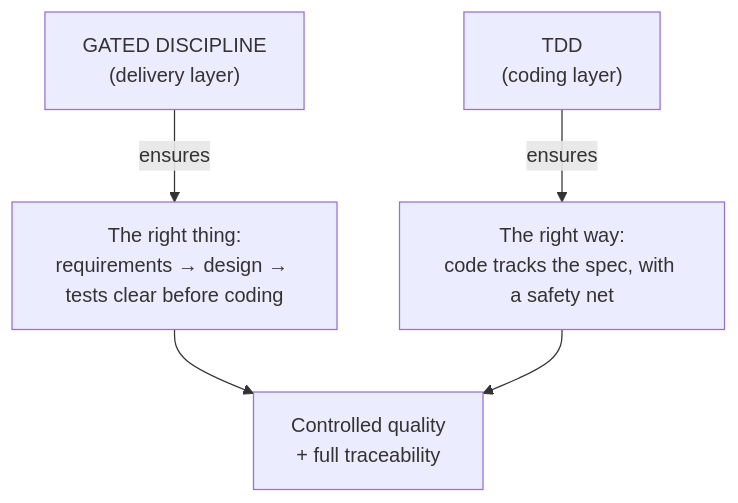
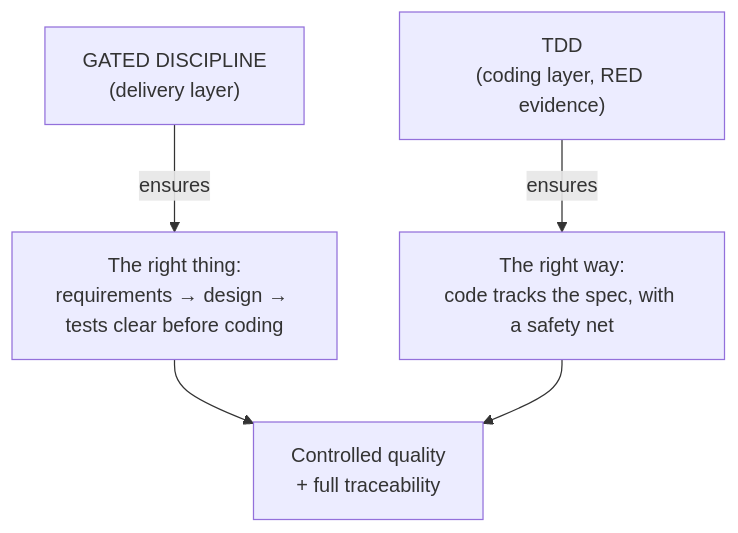
Before and after one commit to hanh9898/waterfall-bmad-method: the second of 3 diagrams in docs/en/explanation/why-incremental-tdd.md, drawn with Mermaid. The commit also changed other lines of this file and 29 other files, not shown here.

````diff
--- a/docs/en/explanation/why-incremental-tdd.md
+++ b/docs/en/explanation/why-incremental-tdd.md
@@ -54,7 +56,7 @@
 ```mermaid
 flowchart TD
     W["GATED DISCIPLINE<br/>(delivery layer)"] -->|"ensures"| A["The right thing:<br/>requirements → design → tests clear before coding"]
-    T["TDD<br/>(coding layer)"] -->|"ensures"| B["The right way:<br/>code tracks the spec, with a safety net"]
+    T["TDD<br/>(coding layer, RED evidence)"] -->|"ensures"| B["The right way:<br/>code tracks the spec, with a safety net"]
     A --> Q["Controlled quality<br/>+ full traceability"]
     B --> Q
 ```
````
